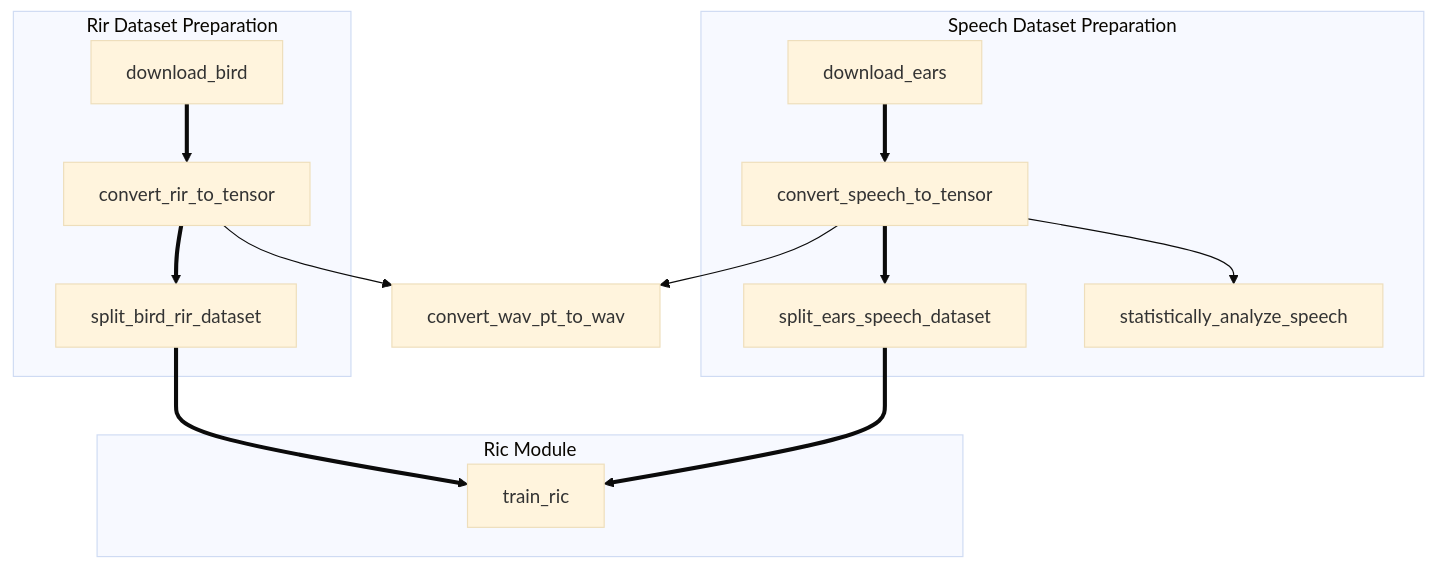
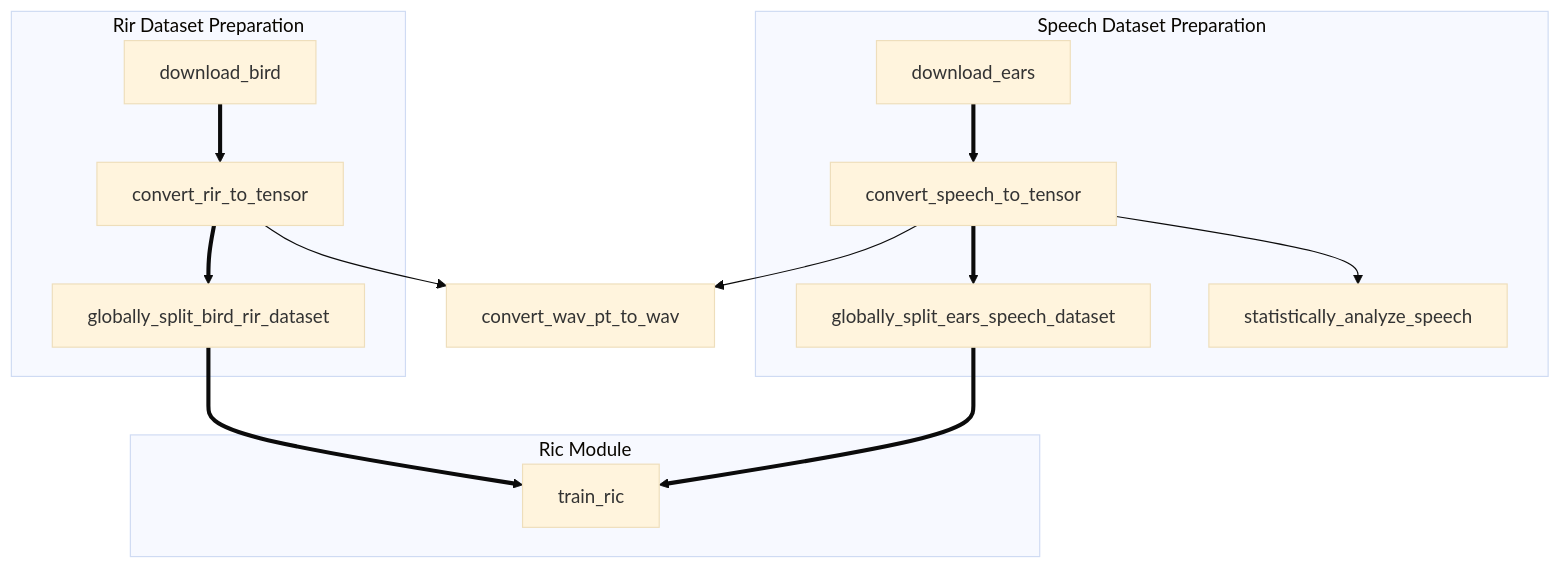
Before and after one commit to yueyinqiu/Dereverbic-Legacy: the diagram in README.md, drawn with Mermaid (base theme). The commit also changed other lines of this file and 7 other files, not shown here.

````diff
--- a/README.md
+++ b/README.md
@@ -29,29 +29,29 @@
 ```mermaid
 flowchart TB
 
 subgraph Rir Dataset Preparation
     download_bird
     
     download_bird ==> convert_rir_to_tensor
     
-    convert_rir_to_tensor ==> split_bird_rir_dataset
+    convert_rir_to_tensor ==> globally_split_bird_rir_dataset
 end
 
 subgraph Speech Dataset Preparation
     download_ears
 
     download_ears ==> convert_speech_to_tensor
 
-    convert_speech_to_tensor ==> split_ears_speech_dataset
+    convert_speech_to_tensor ==> globally_split_ears_speech_dataset
 
     convert_speech_to_tensor --> statistically_analyze_speech
 end
 
     convert_rir_to_tensor --> convert_wav_pt_to_wav
     convert_speech_to_tensor --> convert_wav_pt_to_wav
 
 subgraph Ric Module
-    split_bird_rir_dataset ==> train_ric
-    split_ears_speech_dataset ==> train_ric
+    globally_split_bird_rir_dataset ==> train_ric
+    globally_split_ears_speech_dataset ==> train_ric
 end
 ```
````
